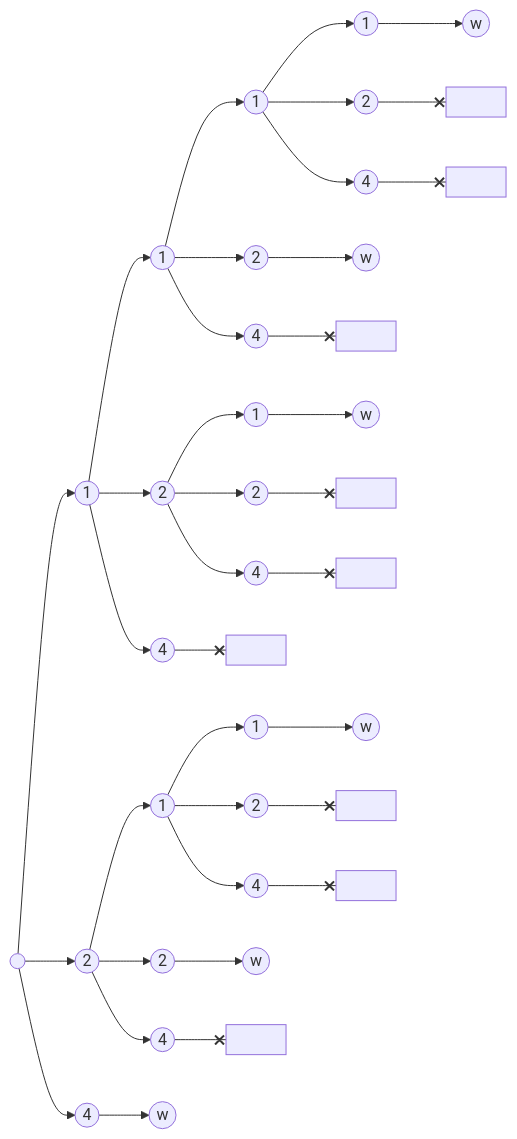
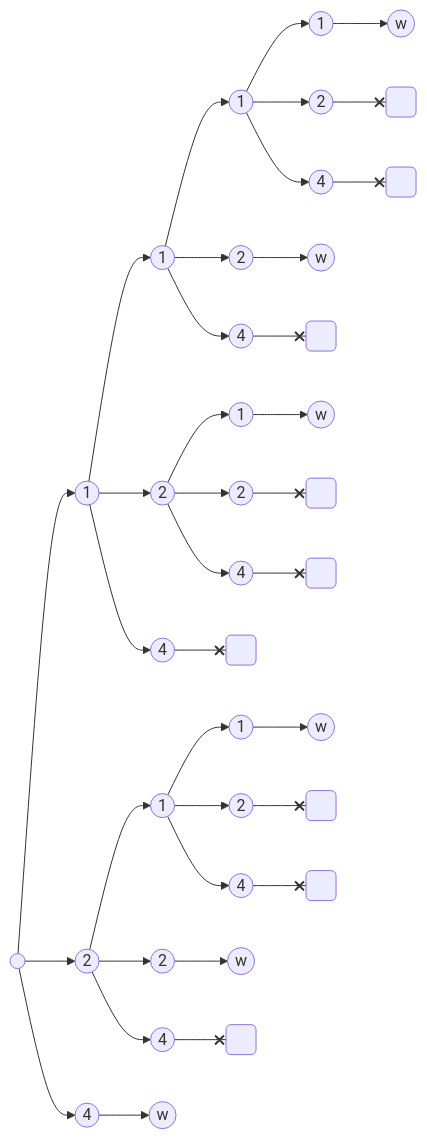
One commit to innin-jam/bwinf25 changed the fourth of 5 diagrams in README.md. Above: the diagram before and after it, drawn with Mermaid. The commit also changed other lines of this file, not shown here.

````diff
--- a/README.md
+++ b/README.md
@@ -104,25 +105,25 @@
 ```mermaid
 flowchart LR
     a(( )) --> 1((1)) & 2((2)) & 4((4))
     1 --> 1.1((1)) & 1.2((2)) & 1.4((4))
     2 --> 2.1((1)) & 2.2((2)) & 2.4((4))
     4 --> 4.exit((w))
     1.1 --> 1.1.1((1)) & 1.1.2((2)) & 1.1.4((4))
     1.2 --> 1.2.1((1)) & 1.2.2((2)) & 1.2.4((4))
-    1.4 --x 1.4.exit[ ]
+    1.4 --x 1.4.exit( )
     2.1 --> 2.1.1((1)) & 2.1.2((2)) & 2.1.4((4))
     2.2 --> 2.2.exit((w))
-    2.4 --x 2.4.exit[ ]
+    2.4 --x 2.4.exit( )
     1.1.1 --> 1.1.1.1((1)) & 1.1.1.2((2)) & 1.1.1.4((4))
     1.1.2 --> 1.1.2.exit((w))
-    1.1.4 --x 1.1.4.exit[ ]
+    1.1.4 --x 1.1.4.exit( )
     1.2.1 --> 1.2.1.exit((w))
-    1.2.2 --x 1.2.2.exit[ ]
-    1.2.4 --x 1.2.4.exit[ ]
+    1.2.2 --x 1.2.2.exit( )
+    1.2.4 --x 1.2.4.exit( )
     2.1.1 --> 2.1.1.exit((w))
-    2.1.2 --x 2.1.2.exit[ ]
-    2.1.4 --x 2.1.4.exit[ ]
+    2.1.2 --x 2.1.2.exit( )
+    2.1.4 --x 2.1.4.exit( )
     1.1.1.1 --> 1.1.1.1.exit((w))
-    1.1.1.2 --x 1.1.1.2.exit[ ]
-    1.1.1.4 --x 1.1.1.4.exit[ ]
+    1.1.1.2 --x 1.1.1.2.exit( )
+    1.1.1.4 --x 1.1.1.4.exit( )
 ```
````
